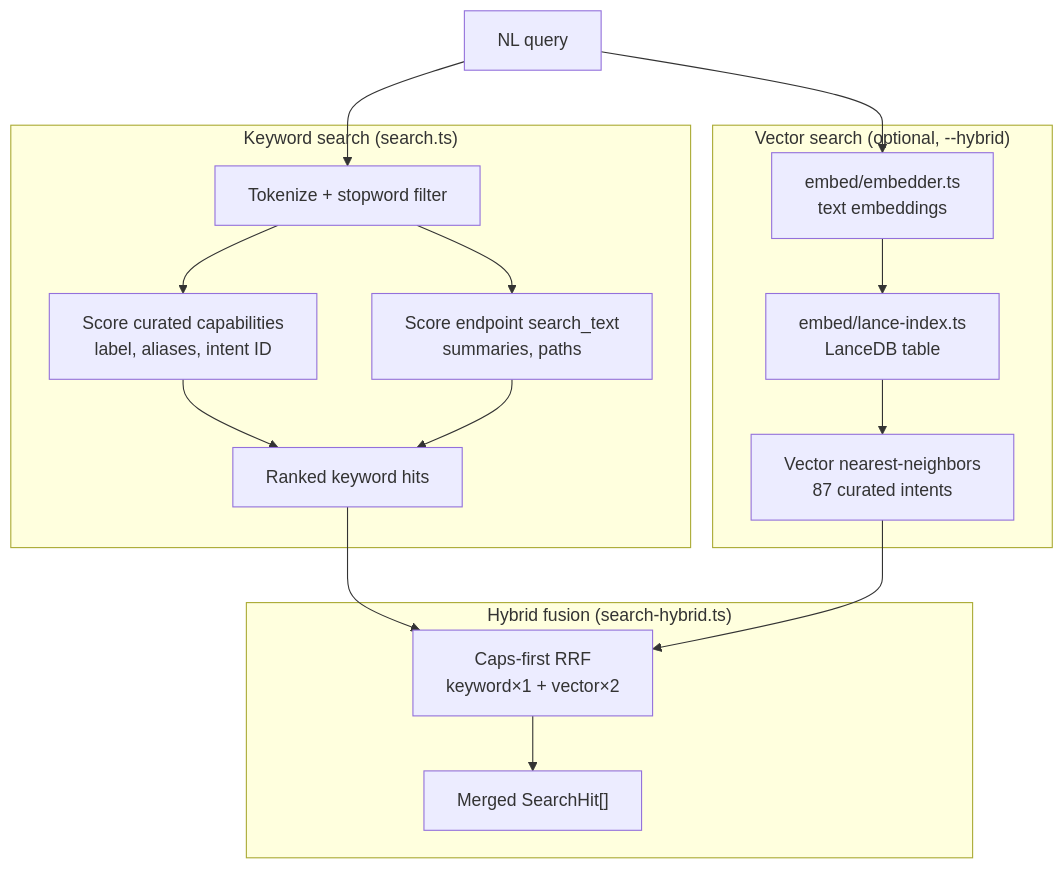
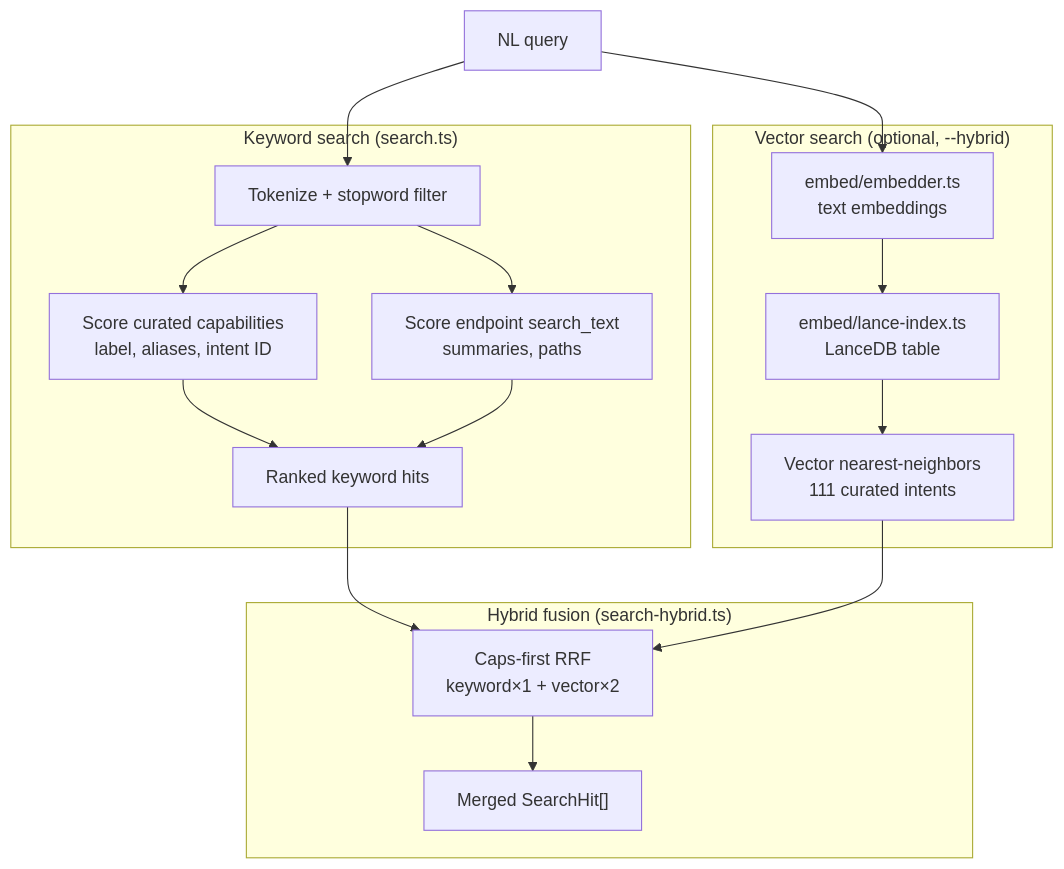
Before and after one commit to Syntalic/OASIS: the third of 5 diagrams in ARCHITECTURE.md, drawn with Mermaid. The commit also changed other lines of this file and 82 other files, not shown here.

````diff
--- a/ARCHITECTURE.md
+++ b/ARCHITECTURE.md
@@ -118,32 +118,32 @@
 ```mermaid
 flowchart TB
   Q["NL query"]
 
   subgraph keyword["Keyword search (search.ts)"]
     TOK["Tokenize + stopword filter"]
     CAPS["Score curated capabilities<br/>label, aliases, intent ID"]
     EPS["Score endpoint search_text<br/>summaries, paths"]
     KW["Ranked keyword hits"]
   end
 
   subgraph vector["Vector search (optional, --hybrid)"]
     EMB["embed/embedder.ts<br/>text embeddings"]
     LANCE["embed/lance-index.ts<br/>LanceDB table"]
-    VEC["Vector nearest-neighbors<br/>87 curated intents"]
+    VEC["Vector nearest-neighbors<br/>111 curated intents"]
   end
 
   subgraph fusion["Hybrid fusion (search-hybrid.ts)"]
     RRF["Caps-first RRF<br/>keyword×1 + vector×2"]
     OUT["Merged SearchHit[]"]
   end
 
   Q --> TOK
   TOK --> CAPS --> KW
   TOK --> EPS --> KW
 
   Q --> EMB --> LANCE --> VEC
 
   KW --> RRF
   VEC --> RRF
   RRF --> OUT
 ```
````
